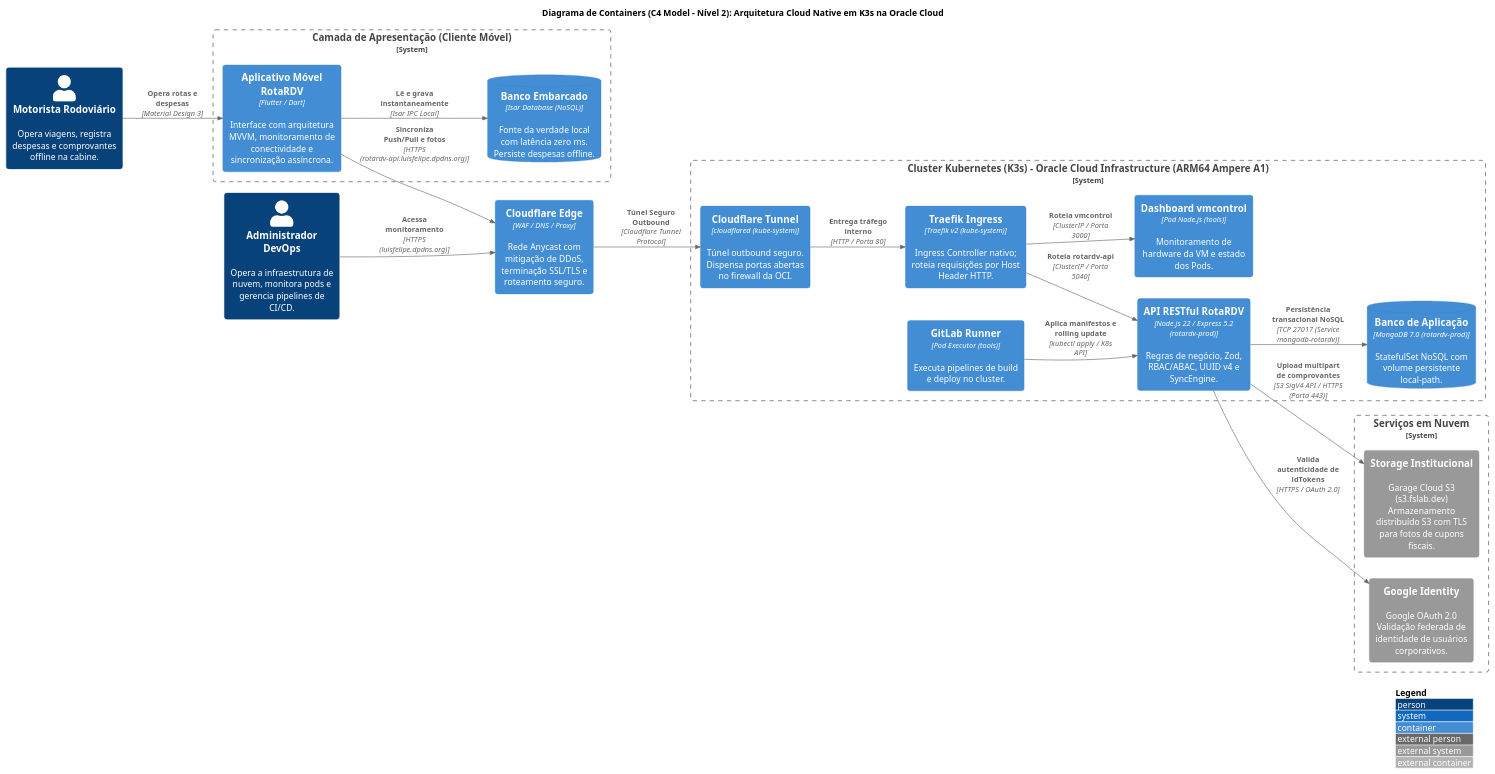
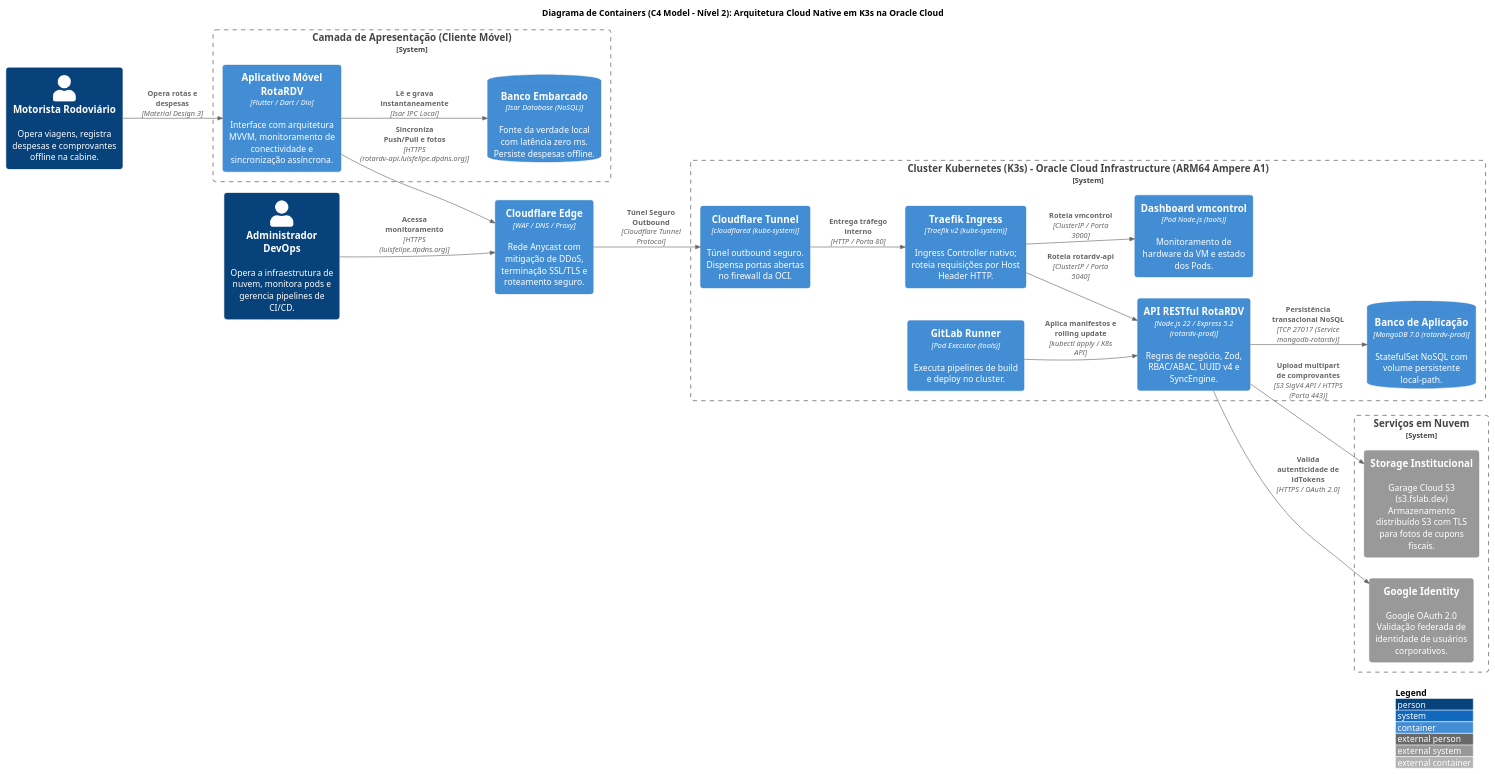
The diagram in documentacao/diagramas/containers/diagrama_containers.puml (Luisdevux/RotaRDV-API), drawn with PlantUML before and after one commit. The commit also changed 12 other files, not shown here.

Commit message:
docs(Diagramas): Atualizando diagramas para incluir a arquitetura de conectividade do mobile Dio, que antes era http

```diff
--- a/documentacao/diagramas/containers/diagrama_containers.puml
+++ b/documentacao/diagramas/containers/diagrama_containers.puml
@@ -1,63 +1,63 @@
 @startuml
 !include <C4/C4_Container>
 
 skinparam defaultFontName Arial
 skinparam roundCorner 8
 skinparam wrapWidth 180
 skinparam maxMessageSize 120
 skinparam shadowing false
 
 left to right direction
 LAYOUT_WITH_LEGEND()
 
 title **Diagrama de Containers (C4 Model - Nível 2): Arquitetura Cloud Native em K3s na Oracle Cloud**
 
 Person(motorista, "Motorista Rodoviário", "Opera viagens, registra despesas e comprovantes offline na cabine.")
 Person(superadmin, "Administrador DevOps", "Opera a infraestrutura de nuvem, monitora pods e gerencia pipelines de CI/CD.")
 
 System_Boundary(c_clients, "Camada de Apresentação (Cliente Móvel)") {
-    Container(mobile_app, "Aplicativo Móvel RotaRDV", "Flutter / Dart", "Interface com arquitetura MVVM, monitoramento de conectividade e sincronização assíncrona.")
+    Container(mobile_app, "Aplicativo Móvel RotaRDV", "Flutter / Dart / Dio", "Interface com arquitetura MVVM, monitoramento de conectividade e sincronização assíncrona.")
     ContainerDb(isar_db, "Banco Embarcado", "Isar Database (NoSQL)", "Fonte da verdade local com latência zero ms. Persiste despesas offline.")
 }
 
 Container(cf_edge, "Cloudflare Edge", "WAF / DNS / Proxy", "Rede Anycast com mitigação de DDoS, terminação SSL/TLS e roteamento seguro.")
 
 System_Boundary(c_k3s, "Cluster Kubernetes (K3s) - Oracle Cloud Infrastructure (ARM64 Ampere A1)") {
     Container(cf_tunnel, "Cloudflare Tunnel", "cloudflared (kube-system)", "Túnel outbound seguro. Dispensa portas abertas no firewall da OCI.")
     Container(traefik, "Traefik Ingress", "Traefik v2 (kube-system)", "Ingress Controller nativo; roteia requisições por Host Header HTTP.")
     Container(backend_api, "API RESTful RotaRDV", "Node.js 22 / Express 5.2 (rotardv-prod)", "Regras de negócio, Zod, RBAC/ABAC, UUID v4 e SyncEngine.")
     ContainerDb(mongodb, "Banco de Aplicação", "MongoDB 7.0 (rotardv-prod)", "StatefulSet NoSQL com volume persistente local-path.")
     Container(gitlab_runner, "GitLab Runner", "Pod Executor (tools)", "Executa pipelines de build e deploy no cluster.")
     Container(vmcontrol, "Dashboard vmcontrol", "Pod Node.js (tools)", "Monitoramento de hardware da VM e estado dos Pods.")
 }
 
 System_Boundary(c_externos, "Serviços em Nuvem") {
     System_Ext(garage_s3, "Storage Institucional", "Garage Cloud S3 (s3.fslab.dev)\nArmazenamento distribuído S3 com TLS para fotos de cupons fiscais.")
     System_Ext(google_auth, "Google Identity", "Google OAuth 2.0\nValidação federada de identidade de usuários corporativos.")
 }
 
 ' Conexões do Cliente Móvel
 Rel(motorista, mobile_app, "Opera rotas e despesas", "Material Design 3")
 Rel(mobile_app, isar_db, "Lê e grava instantaneamente", "Isar IPC Local")
 Rel(mobile_app, cf_edge, "Sincroniza Push/Pull e fotos", "HTTPS (rotardv-api.luisfelipe.dpdns.org)")
 
 ' Conexões de DevOps
 Rel(superadmin, cf_edge, "Acessa monitoramento", "HTTPS (luisfelipe.dpdns.org)")
 
 ' Borda para o Túnel e Ingress
 Rel(cf_edge, cf_tunnel, "Túnel Seguro Outbound", "Cloudflare Tunnel Protocol")
 Rel(cf_tunnel, traefik, "Entrega tráfego interno", "HTTP / Porta 80")
 
 ' Roteamento do Traefik
 Rel(traefik, backend_api, "Roteia rotardv-api", "ClusterIP / Porta 5040")
 Rel(traefik, vmcontrol, "Roteia vmcontrol", "ClusterIP / Porta 3000")
 
 ' Persistência e Serviços
 Rel(backend_api, mongodb, "Persistência transacional NoSQL", "TCP 27017 (Service mongodb-rotardv)")
 Rel(backend_api, garage_s3, "Upload multipart de comprovantes", "S3 SigV4 API / HTTPS (Porta 443)")
 Rel(backend_api, google_auth, "Valida autenticidade de idTokens", "HTTPS / OAuth 2.0")
 
 ' CI/CD
 Rel(gitlab_runner, backend_api, "Aplica manifestos e rolling update", "kubectl apply / K8s API")
 
 @enduml
```
